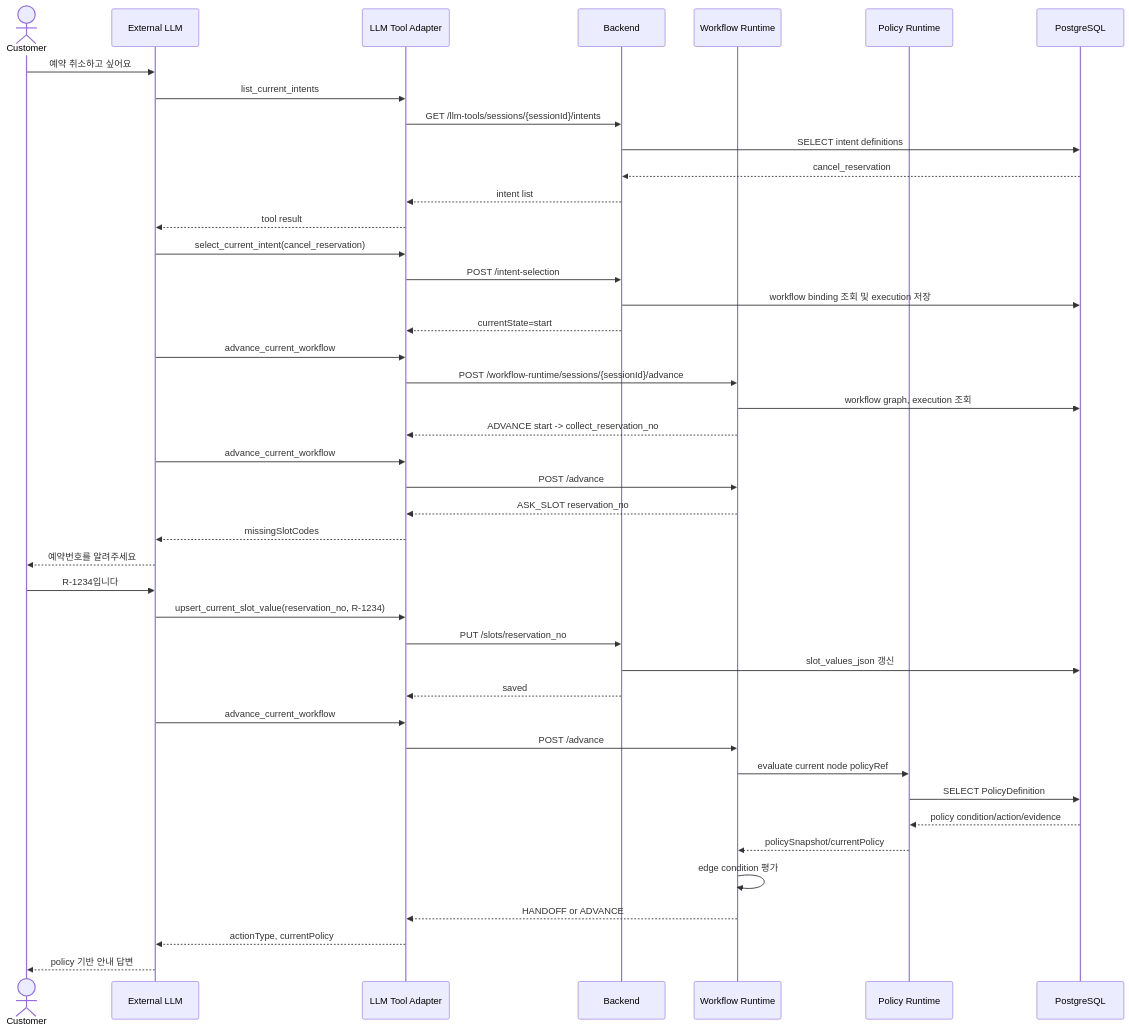
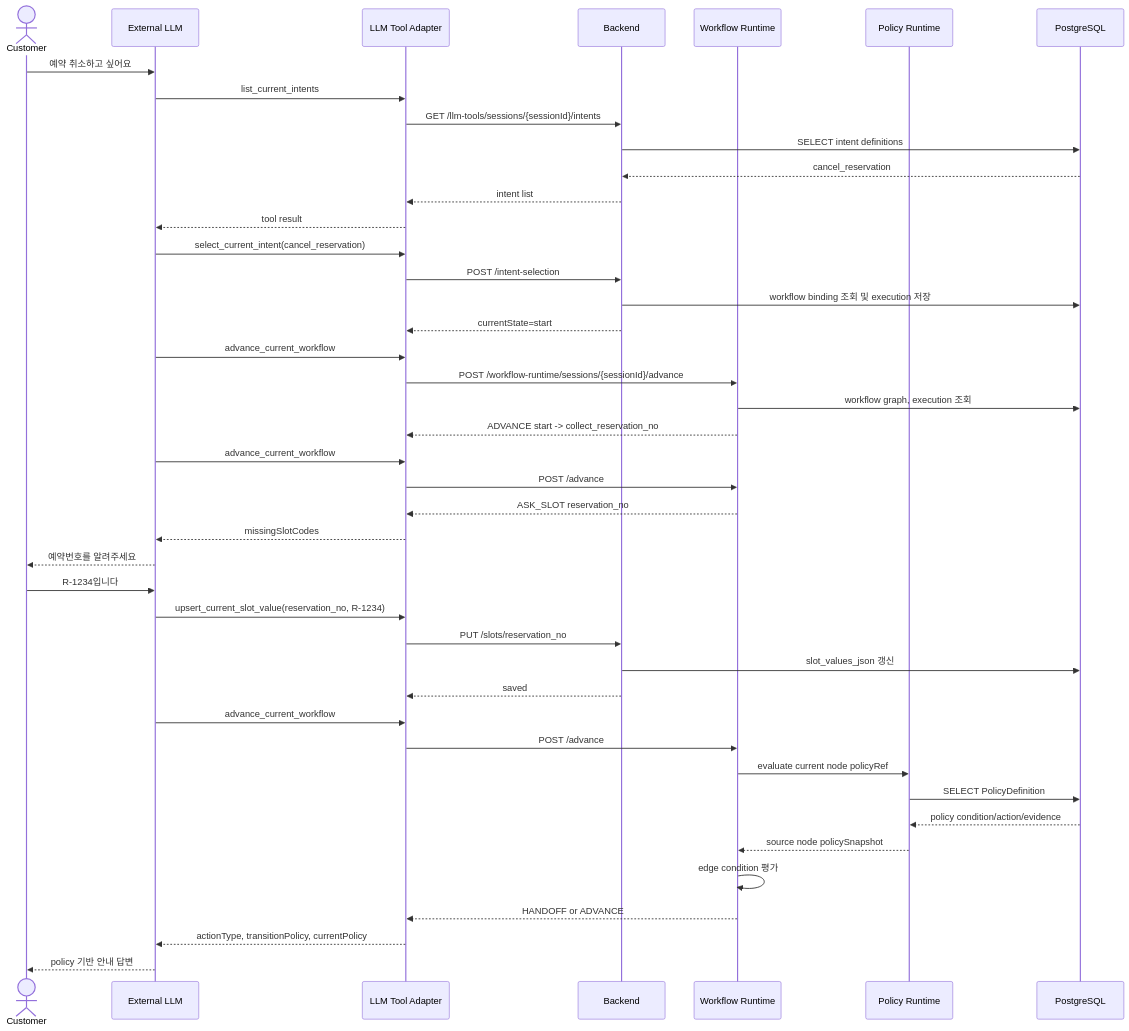
One commit to ajou-2026-1-capstone-5/ostone changed the diagram in .agent/specs/524.md. Above: the diagram before and after it, drawn with Mermaid. The commit also changed other lines of this file and 24 other files, not shown here.

Commit message:
feat(workflow-runtime): add policy-aware runtime tools

````diff
--- a/.agent/specs/524.md
+++ b/.agent/specs/524.md
@@ -797,50 +813,50 @@
 ```mermaid
 sequenceDiagram
     actor customer as Customer
     participant llm as External LLM
     participant tool as LLM Tool Adapter
     participant be as Backend
     participant runtime as Workflow Runtime
     participant policy as Policy Runtime
     participant db as PostgreSQL
 
     customer ->> llm: 예약 취소하고 싶어요
     llm ->> tool: list_current_intents
     tool ->> be: GET /llm-tools/sessions/{sessionId}/intents
     be ->> db: SELECT intent definitions
     db -->> be: cancel_reservation
     be -->> tool: intent list
     tool -->> llm: tool result
     llm ->> tool: select_current_intent(cancel_reservation)
     tool ->> be: POST /intent-selection
     be ->> db: workflow binding 조회 및 execution 저장
     be -->> tool: currentState=start
 
     llm ->> tool: advance_current_workflow
     tool ->> runtime: POST /workflow-runtime/sessions/{sessionId}/advance
     runtime ->> db: workflow graph, execution 조회
     runtime -->> tool: ADVANCE start -> collect_reservation_no
 
     llm ->> tool: advance_current_workflow
     tool ->> runtime: POST /advance
     runtime -->> tool: ASK_SLOT reservation_no
     tool -->> llm: missingSlotCodes
     llm -->> customer: 예약번호를 알려주세요
 
     customer ->> llm: R-1234입니다
     llm ->> tool: upsert_current_slot_value(reservation_no, R-1234)
     tool ->> be: PUT /slots/reservation_no
     be ->> db: slot_values_json 갱신
     be -->> tool: saved
 
     llm ->> tool: advance_current_workflow
     tool ->> runtime: POST /advance
     runtime ->> policy: evaluate current node policyRef
     policy ->> db: SELECT PolicyDefinition
     db -->> policy: policy condition/action/evidence
-    policy -->> runtime: policySnapshot/currentPolicy
+    policy -->> runtime: source node policySnapshot
     runtime ->> runtime: edge condition 평가
     runtime -->> tool: HANDOFF or ADVANCE
-    tool -->> llm: actionType, currentPolicy
+    tool -->> llm: actionType, transitionPolicy, currentPolicy
     llm -->> customer: policy 기반 안내 답변
 ```
````
